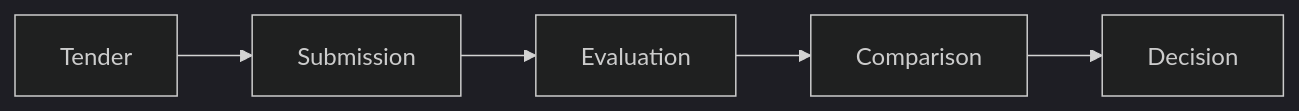
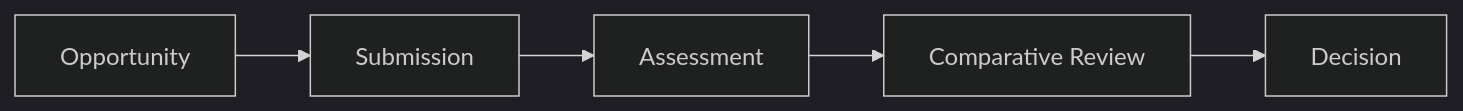
One commit to marildoC/Lumin-Procurement changed the diagram in README.md. Above: the diagram before and after it, drawn with Mermaid (dark theme). The commit also changed other lines of this file, not shown here.

````diff
--- a/README.md
+++ b/README.md
@@ -26,7 +26,7 @@
 ```mermaid
 flowchart LR
-    A[Tender] --> B[Submission]
-    B --> C[Evaluation]
-    C --> D[Comparison]
+    A[Opportunity] --> B[Submission]
+    B --> C[Assessment]
+    C --> D[Comparative Review]
     D --> E[Decision]
 ```
````
